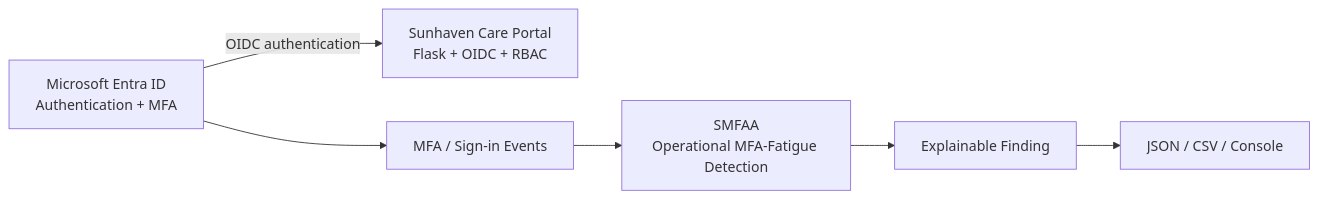
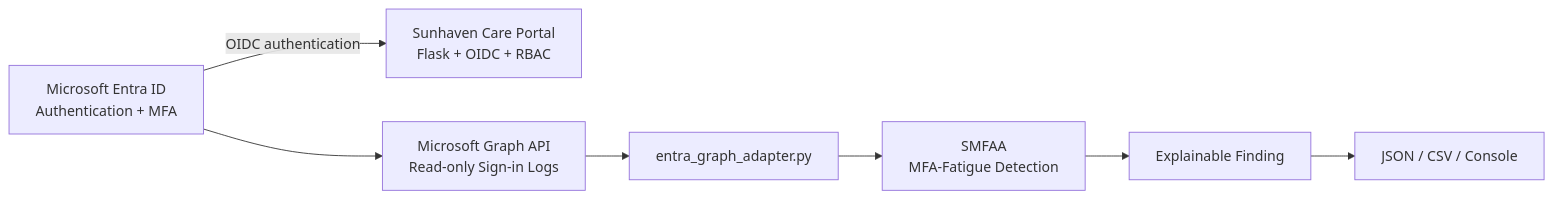
Before and after one commit to iam-governance-lab/AC-2-Identity-access-governance-for-a-high-turnover-care-workforce-security-led-: the first of 2 diagrams in services/Sunhaven MFA Fatigue Attack Analyzer/docs/architecture-and-design.md, drawn with Mermaid. The commit also changed other lines of this file, not shown here.

Commit message:
Update SMFAA architecture for live Graph integration

````diff
--- a/services/Sunhaven MFA Fatigue Attack Analyzer/docs/architecture-and-design.md
+++ b/services/Sunhaven MFA Fatigue Attack Analyzer/docs/architecture-and-design.md
@@ -7,15 +7,17 @@
 ```mermaid
 flowchart LR
     ENTRA["Microsoft Entra ID<br/>Authentication + MFA"]
     PORTAL["Sunhaven Care Portal<br/>Flask + OIDC + RBAC"]
-    EVENTS["MFA / Sign-in Events"]
-    SMFAA["SMFAA<br/>Operational MFA-Fatigue Detection"]
+    GRAPH["Microsoft Graph API<br/>Read-only Sign-in Logs"]
+    ADAPTER["entra_graph_adapter.py"]
+    SMFAA["SMFAA<br/>MFA-Fatigue Detection"]
     FINDING["Explainable Finding"]
     OUTPUT["JSON / CSV / Console"]
 
     ENTRA -->|OIDC authentication| PORTAL
-    ENTRA --> EVENTS
-    EVENTS --> SMFAA
+    ENTRA --> GRAPH
+    GRAPH --> ADAPTER
+    ADAPTER --> SMFAA
     SMFAA --> FINDING
     FINDING --> OUTPUT
 ```
````
